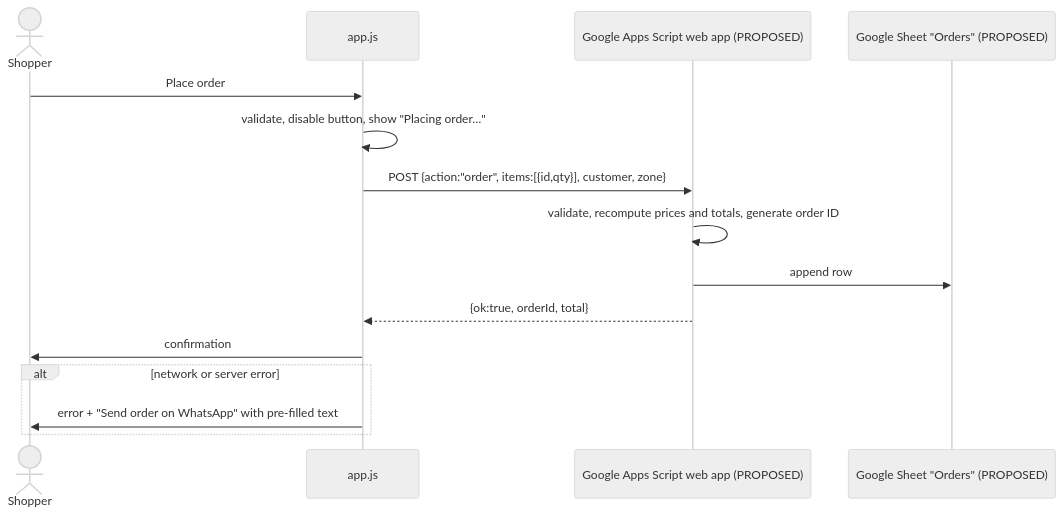
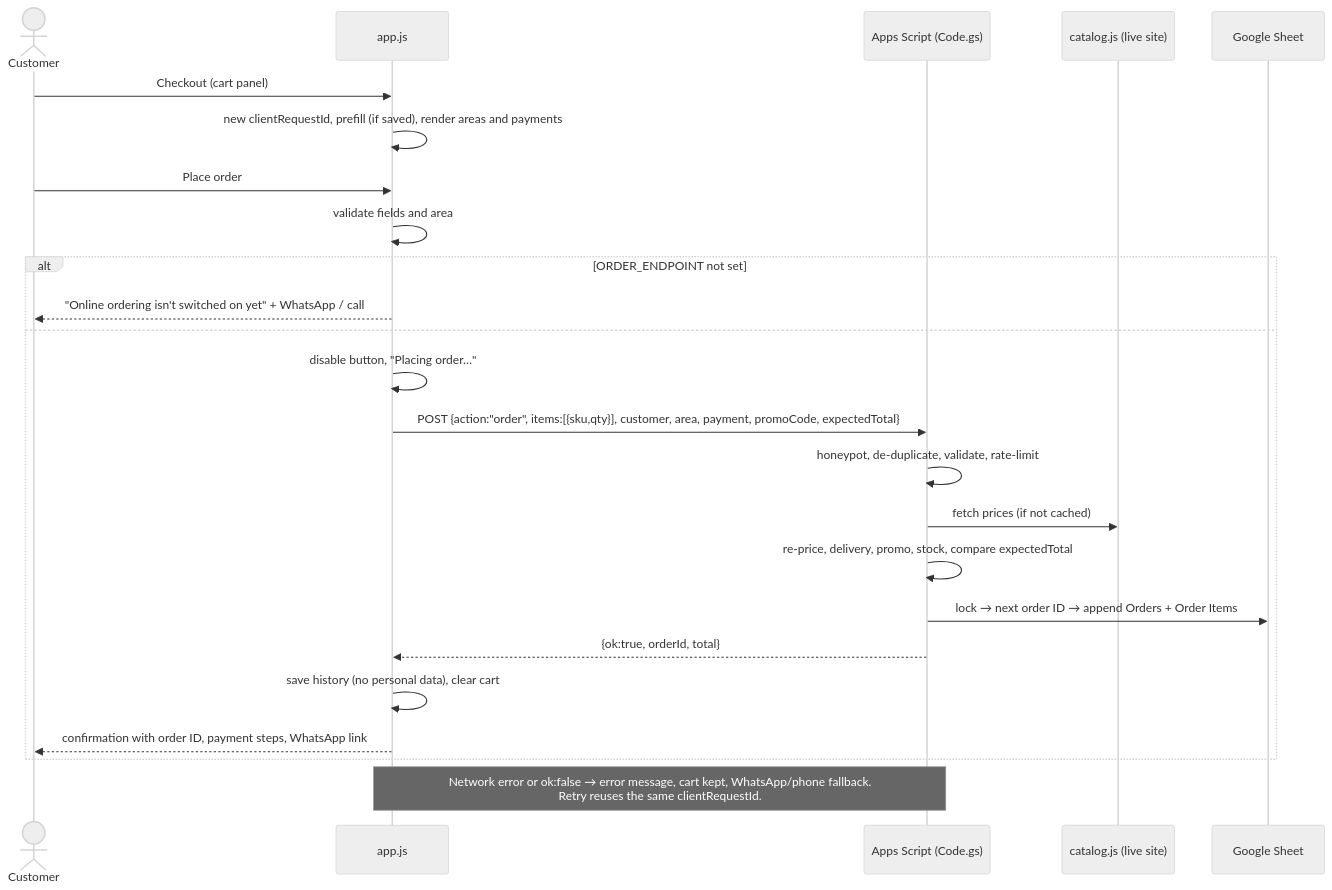
Before and after one commit to Sanjidmolik/Tea_shop: the second of 2 diagrams in ARCHITECTURE.md, drawn with Mermaid (neutral theme). The commit also changed other lines of this file and 58 other files, not shown here.

````diff
--- a/ARCHITECTURE.md
+++ b/ARCHITECTURE.md
@@ -139,17 +101,26 @@
 ```mermaid
 sequenceDiagram
-  actor U as Shopper
+  actor U as Customer
   participant A as app.js
-  participant GAS as Google Apps Script web app (PROPOSED)
-  participant S as Google Sheet "Orders" (PROPOSED)
+  participant G as Apps Script (Code.gs)
+  participant C as catalog.js (live site)
+  participant S as Google Sheet
+  U->>A: Checkout (cart panel)
+  A->>A: new clientRequestId, prefill (if saved), render areas and payments
   U->>A: Place order
-  A->>A: validate, disable button, show "Placing order…"
-  A->>GAS: POST {action:"order", items:[{id,qty}], customer, zone}
-  GAS->>GAS: validate, recompute prices and totals, generate order ID
-  GAS->>S: append row
-  GAS-->>A: {ok:true, orderId, total}
-  A->>U: confirmation
-  alt network or server error
-    A->>U: error + "Send order on WhatsApp" with pre-filled text
+  A->>A: validate fields and area
+  alt ORDER_ENDPOINT not set
+    A-->>U: "Online ordering isn't switched on yet" + WhatsApp / call
+  else
+    A->>A: disable button, "Placing order…"
+    A->>G: POST {action:"order", items:[{sku,qty}], customer, area, payment, promoCode, expectedTotal}
+    G->>G: honeypot, de-duplicate, validate, rate-limit
+    G->>C: fetch prices (if not cached)
+    G->>G: re-price, delivery, promo, stock, compare expectedTotal
+    G->>S: lock → next order ID → append Orders + Order Items
+    G-->>A: {ok:true, orderId, total}
+    A->>A: save history (no personal data), clear cart
+    A-->>U: confirmation with order ID, payment steps, WhatsApp link
   end
+  Note over A,G: Network error or ok:false → error message, cart kept, WhatsApp/phone fallback.<br/>Retry reuses the same clientRequestId.
 ```
````
